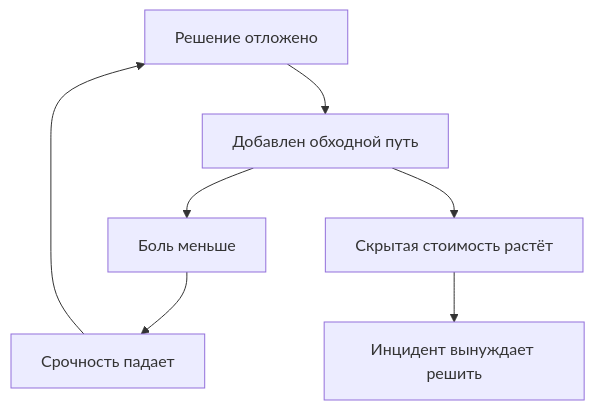
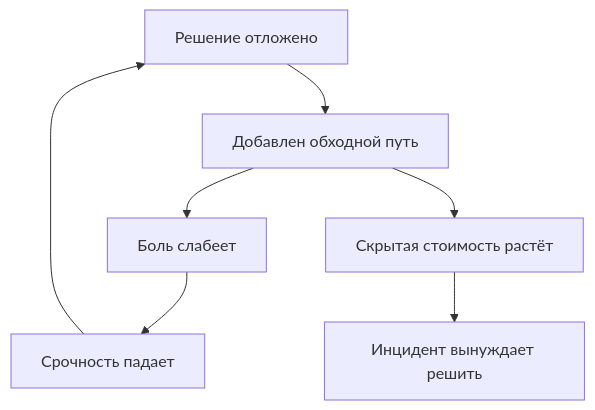
The third of 3 diagrams in docs/parts/03-high-performing-teams/13-decision-making-in-teams.ru.md (XayyamSadigov/engineering-leadership-book), drawn with Mermaid before and after one commit. The commit also changed other lines of this file and 5 other files, not shown here.

````diff
--- a/docs/parts/03-high-performing-teams/13-decision-making-in-teams.ru.md
+++ b/docs/parts/03-high-performing-teams/13-decision-making-in-teams.ru.md
@@ -327,9 +329,9 @@
 ```mermaid
 flowchart TD
     A["Решение отложено"] --> B["Добавлен обходной путь"]
-    B --> C["Боль меньше"]
+    B --> C["Боль слабеет"]
     C --> D["Срочность падает"]
     D --> A
     B --> E["Скрытая стоимость растёт"]
     E --> F["Инцидент вынуждает решить"]
 ```
````
